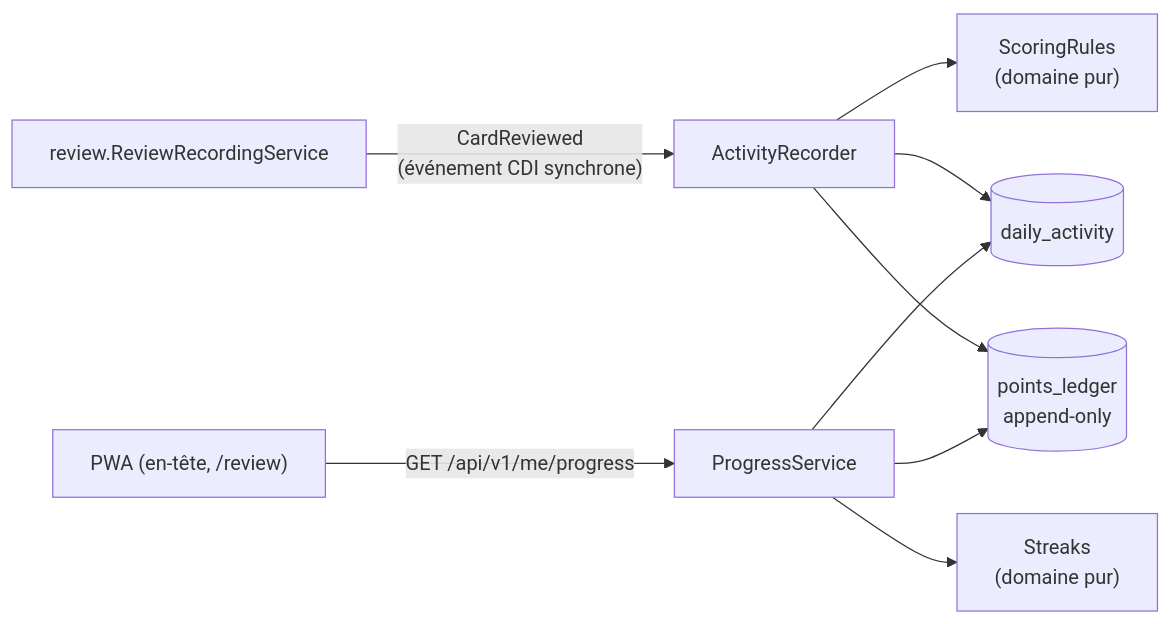
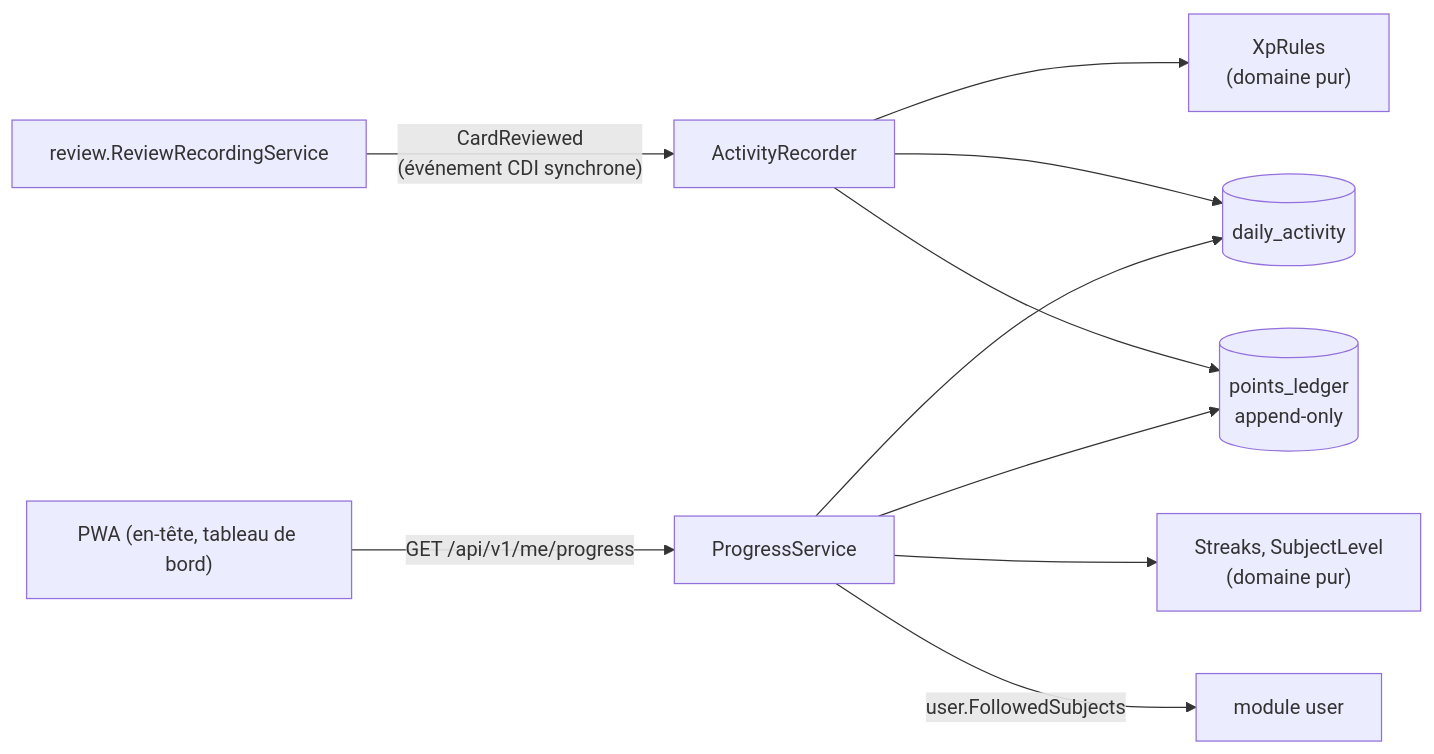
The fifth of 7 diagrams in docs/architecture.md (potichacha/recallio), drawn with Mermaid before and after one commit. The commit also changed other lines of this file and 46 other files, not shown here.

````diff
--- a/docs/architecture.md
+++ b/docs/architecture.md
@@ -156,11 +156,12 @@
 ```mermaid
 flowchart LR
     rec["review.ReviewRecordingService"] -- "CardReviewed<br/>(événement CDI synchrone)" --> obs["ActivityRecorder"]
-    obs --> rules["ScoringRules<br/>(domaine pur)"]
+    obs --> rules["XpRules<br/>(domaine pur)"]
     obs --> act[("daily_activity")]
     obs --> ledger[("points_ledger<br/>append-only")]
-    pwa["PWA (en-tête, /review)"] -- "GET /api/v1/me/progress" --> prog["ProgressService"]
-    prog --> streaks["Streaks<br/>(domaine pur)"]
+    pwa["PWA (en-tête, tableau de bord)"] -- "GET /api/v1/me/progress" --> prog["ProgressService"]
+    prog --> streaks["Streaks, SubjectLevel<br/>(domaine pur)"]
     prog --> act
     prog --> ledger
+    prog -- "user.FollowedSubjects" --> user["module user"]
 ```
````
